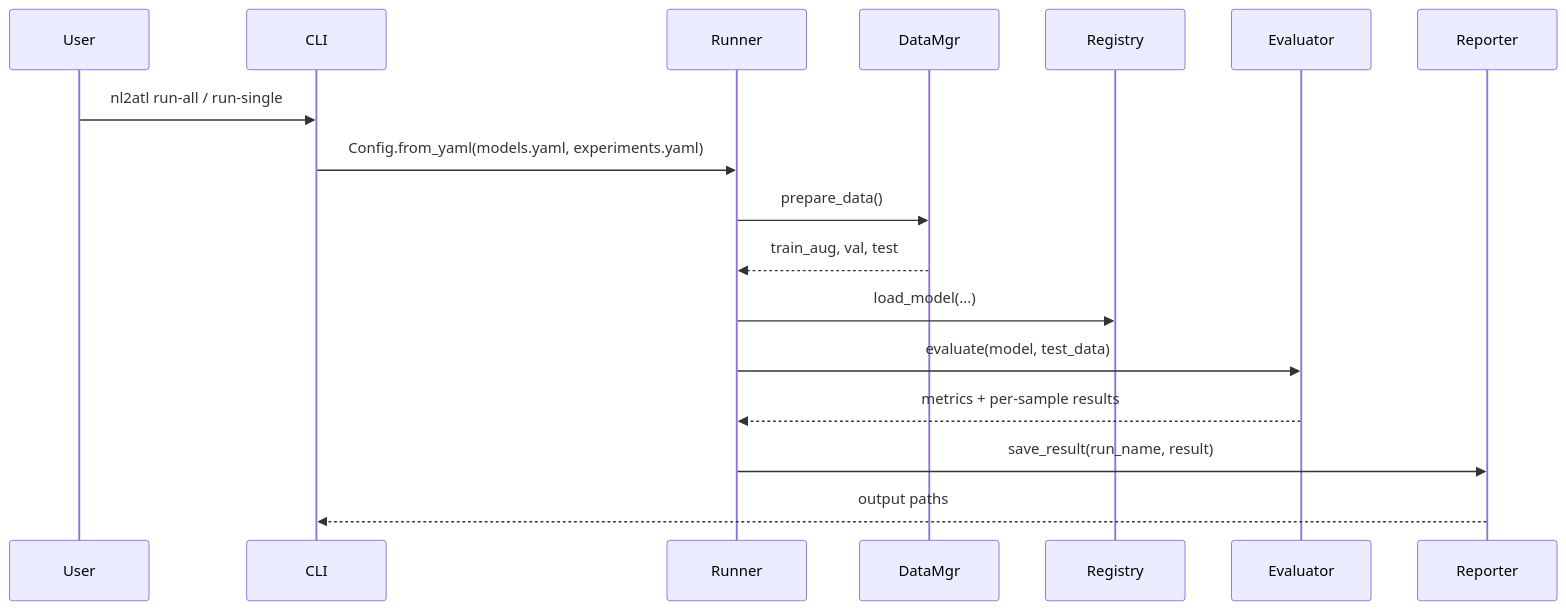
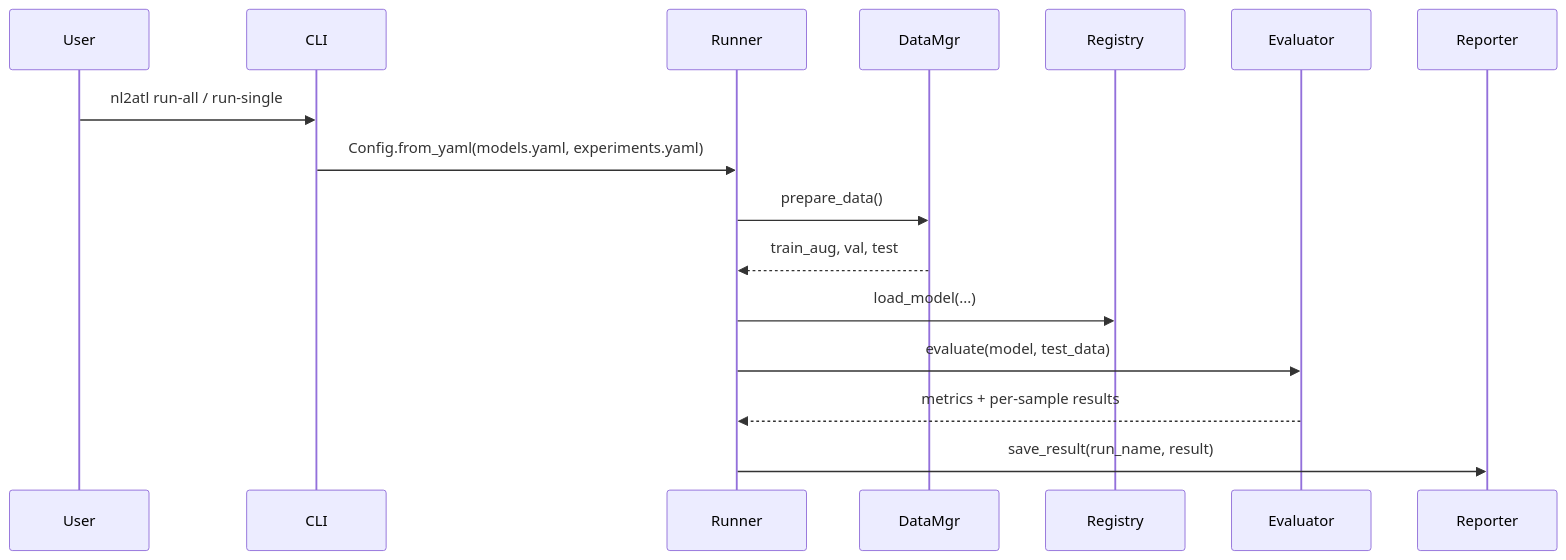
Before and after one commit to vladanaSTM/nl2atl: the second of 3 diagrams in docs/architecture.md, drawn with Mermaid. The commit also changed other lines of this file and 16 other files, not shown here.

````diff
--- a/docs/architecture.md
+++ b/docs/architecture.md
@@ -57,20 +48,19 @@
 ```mermaid
 sequenceDiagram
     participant User
     participant CLI
     participant Runner
     participant DataMgr
     participant Registry
     participant Evaluator
     participant Reporter
 
     User->>CLI: nl2atl run-all / run-single
     CLI->>Runner: Config.from_yaml(models.yaml, experiments.yaml)
     Runner->>DataMgr: prepare_data()
     DataMgr-->>Runner: train_aug, val, test
     Runner->>Registry: load_model(...)
     Runner->>Evaluator: evaluate(model, test_data)
     Evaluator-->>Runner: metrics + per-sample results
     Runner->>Reporter: save_result(run_name, result)
-    Reporter-->>CLI: output paths
 ```
````
